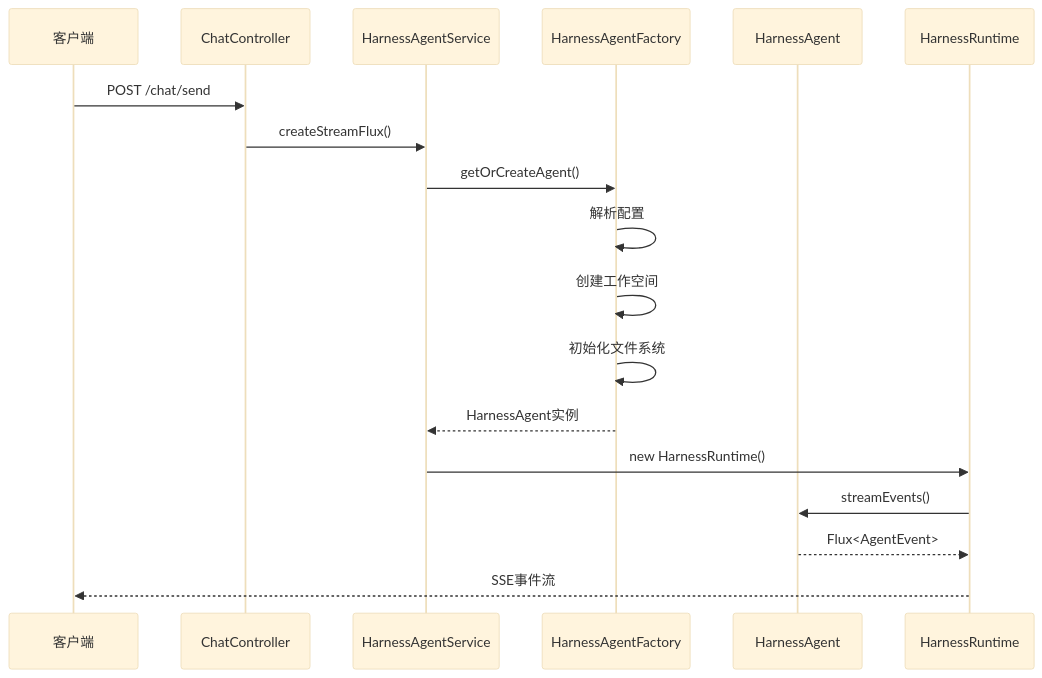
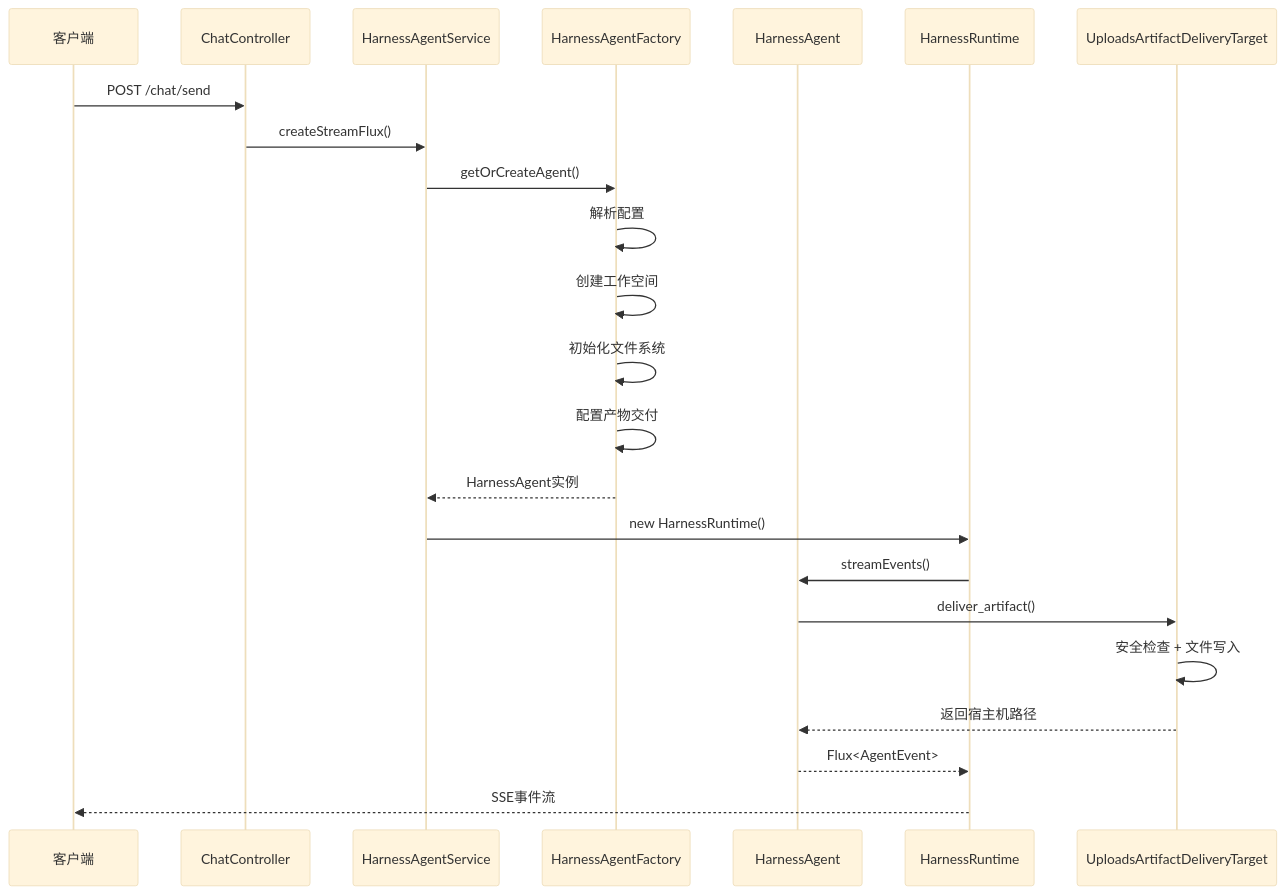
One commit to tinyhu/agentscope-demo changed the second of 5 diagrams in .qoder/repowiki/zh/content/Harness 框架/Harness 框架.md. Above: the diagram before and after it, drawn with Mermaid (base theme). The commit also changed other lines of this file and 111 other files, not shown here.

````diff
--- a/.qoder/repowiki/zh/content/Harness 框架/Harness 框架.md
+++ b/.qoder/repowiki/zh/content/Harness 框架/Harness 框架.md
@@ -86,21 +97,25 @@
 ```mermaid
 sequenceDiagram
-    participant Client as 客户端
-    participant Controller as ChatController
-    participant Service as HarnessAgentService
-    participant Factory as HarnessAgentFactory
-    participant Agent as HarnessAgent
-    participant Runtime as HarnessRuntime
-    
-    Client->>Controller: POST /chat/send
-    Controller->>Service: createStreamFlux()
-    Service->>Factory: getOrCreateAgent()
-    Factory->>Factory: 解析配置
-    Factory->>Factory: 创建工作空间
-    Factory->>Factory: 初始化文件系统
-    Factory-->>Service: HarnessAgent实例
-    Service->>Runtime: new HarnessRuntime()
-    Runtime->>Agent: streamEvents()
-    Agent-->>Runtime: Flux<AgentEvent>
-    Runtime-->>Client: SSE事件流
+participant Client as 客户端
+participant Controller as ChatController
+participant Service as HarnessAgentService
+participant Factory as HarnessAgentFactory
+participant Agent as HarnessAgent
+participant Runtime as HarnessRuntime
+participant Delivery as UploadsArtifactDeliveryTarget
+Client->>Controller : POST /chat/send
+Controller->>Service : createStreamFlux()
+Service->>Factory : getOrCreateAgent()
+Factory->>Factory : 解析配置
+Factory->>Factory : 创建工作空间
+Factory->>Factory : 初始化文件系统
+Factory->>Factory : 配置产物交付
+Factory-->>Service : HarnessAgent实例
+Service->>Runtime : new HarnessRuntime()
+Runtime->>Agent : streamEvents()
+Agent->>Delivery : deliver_artifact()
+Delivery->>Delivery : 安全检查 + 文件写入
+Delivery-->>Agent : 返回宿主机路径
+Agent-->>Runtime : Flux<AgentEvent>
+Runtime-->>Client : SSE事件流
 ```
````
